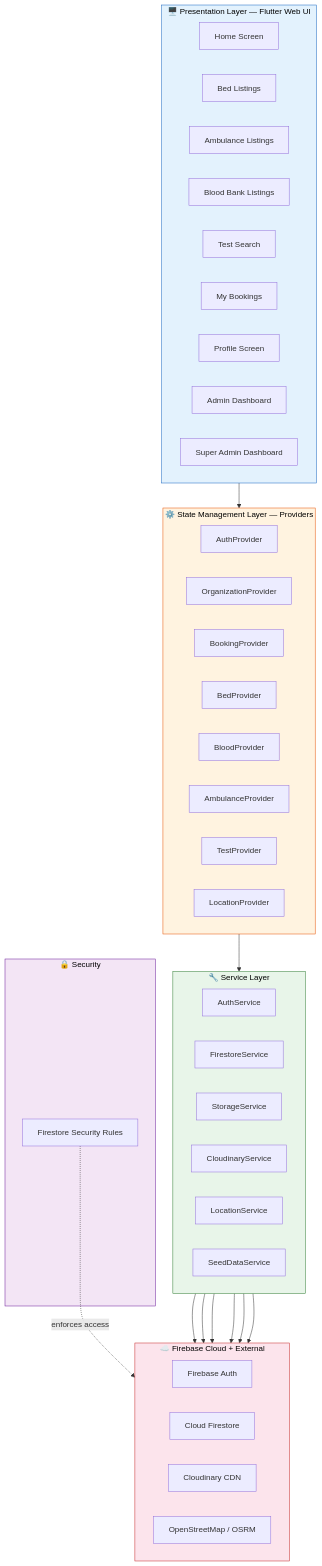
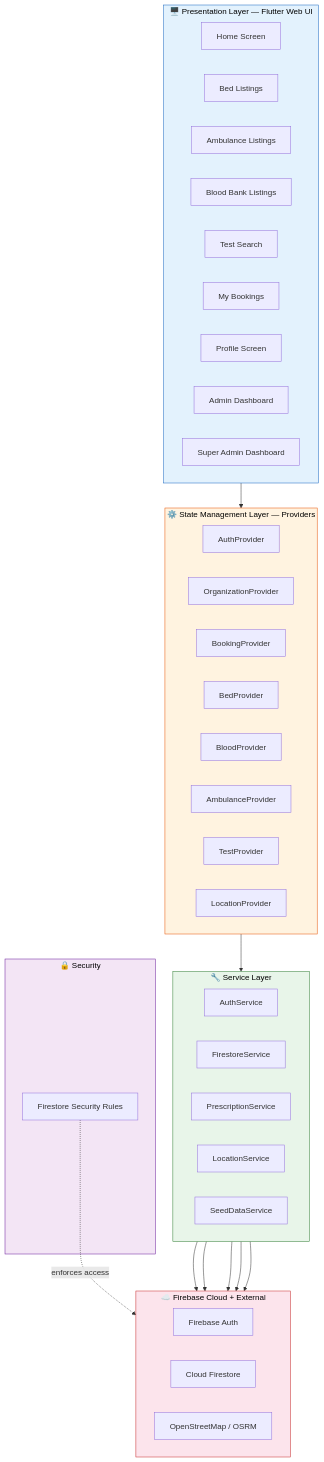
One commit to Aurorabtw/emergency-health-services changed the first of 14 diagrams in SDP_Report_Diagrams.md. Above: the diagram before and after it, drawn with Mermaid. The commit also changed other lines of this file and 22 other files, not shown here.

````diff
--- a/SDP_Report_Diagrams.md
+++ b/SDP_Report_Diagrams.md
@@ -7,65 +7,62 @@
 ```mermaid
 graph TB
     subgraph PL["🖥️ Presentation Layer — Flutter Web UI"]
         direction LR
         HS[Home Screen]
         BLS[Bed Listings]
         ALS[Ambulance Listings]
         BBS[Blood Bank Listings]
         TSS[Test Search]
         BKS[My Bookings]
         PS[Profile Screen]
         AD[Admin Dashboard]
         SAD[Super Admin Dashboard]
     end
 
     subgraph SML["⚙️ State Management Layer — Providers"]
         direction LR
         AP[AuthProvider]
         OP[OrganizationProvider]
         BP[BookingProvider]
         BedP[BedProvider]
         BloodP[BloodProvider]
         AmbP[AmbulanceProvider]
         TP[TestProvider]
         LP[LocationProvider]
     end
 
     subgraph SL["🔧 Service Layer"]
         direction LR
         AS[AuthService]
         FS[FirestoreService]
-        SS[StorageService]
-        CS[CloudinaryService]
+        PRS[PrescriptionService]
         LS[LocationService]
         SDS[SeedDataService]
     end
 
     subgraph FL["☁️ Firebase Cloud + External"]
         direction LR
         FA[Firebase Auth]
         CF[Cloud Firestore]
-        CLD[Cloudinary CDN]
         OSM[OpenStreetMap / OSRM]
     end
 
     subgraph SEC["🔒 Security"]
         FSR[Firestore Security Rules]
     end
 
     PL --> SML
     SML --> SL
     AS --> FA
     FS --> CF
-    SS --> CLD
-    CS --> CLD
+    PRS --> CF
     LS --> OSM
     SDS --> CF
     FSR -.->|enforces access| CF
 
     style PL fill:#e3f2fd,stroke:#1565c0,color:#000
     style SML fill:#fff3e0,stroke:#e65100,color:#000
     style SL fill:#e8f5e9,stroke:#2e7d32,color:#000
     style FL fill:#fce4ec,stroke:#c62828,color:#000
     style SEC fill:#f3e5f5,stroke:#6a1b9a,color:#000
 ```
````
